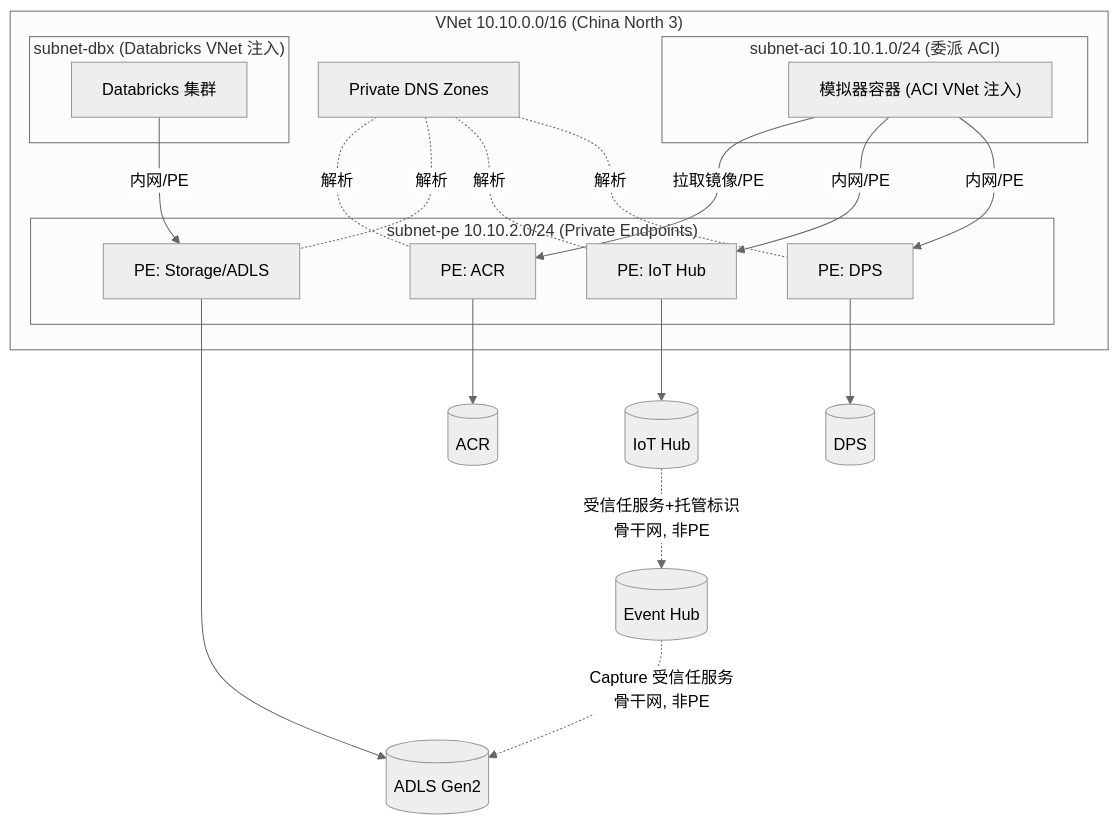
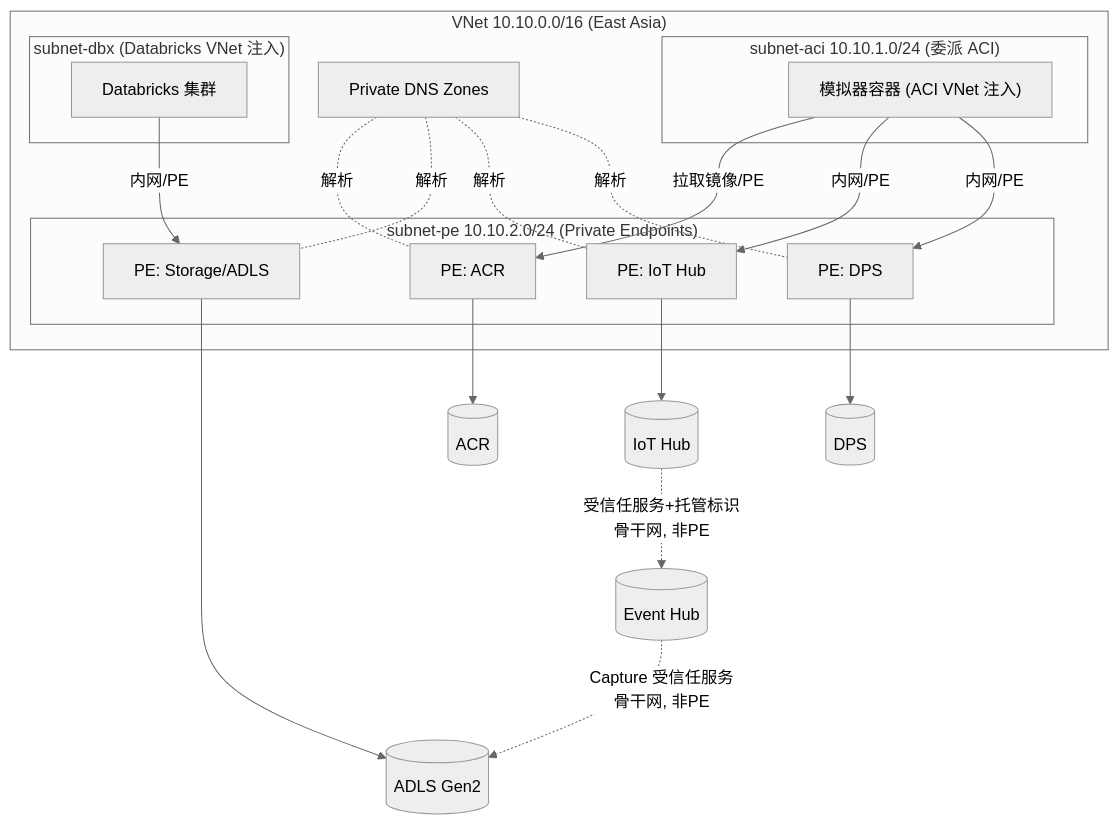
The first of 2 diagrams in README.md (Nii-co/iotdevice), drawn with Mermaid (neutral theme) before and after one commit. The commit also changed other lines of this file and 3 other files, not shown here.

````diff
--- a/README.md
+++ b/README.md
@@ -63,25 +63,25 @@
 ```mermaid
 flowchart TB
-    subgraph VNet["VNet 10.10.0.0/16 (China North 3)"]
+    subgraph VNet["VNet 10.10.0.0/16 (East Asia)"]
         subgraph SubACI["subnet-aci 10.10.1.0/24 (委派 ACI)"]
             SIM["模拟器容器 (ACI VNet 注入)"]
         end
         subgraph SubPE["subnet-pe 10.10.2.0/24 (Private Endpoints)"]
             PE_DPS["PE: DPS"]
             PE_HUB["PE: IoT Hub"]
             PE_ST["PE: Storage/ADLS"]
             PE_ACR["PE: ACR"]
         end
         subgraph SubDBX["subnet-dbx (Databricks VNet 注入)"]
             DBX["Databricks 集群"]
         end
         DNS["Private DNS Zones"]
     end
     SIM -->|内网/PE| PE_DPS --> DPS[(DPS)]
     SIM -->|内网/PE| PE_HUB --> HUB[(IoT Hub)]
     SIM -->|拉取镜像/PE| PE_ACR --> ACR[(ACR)]
     HUB -.受信任服务+托管标识<br/>骨干网, 非PE.-> EH[(Event Hub)]
     EH -.Capture 受信任服务<br/>骨干网, 非PE.-> ST[(ADLS Gen2)]
     DBX -->|内网/PE| PE_ST --> ST
     DNS -.解析.- PE_DPS & PE_HUB & PE_ST & PE_ACR
 ```
````
